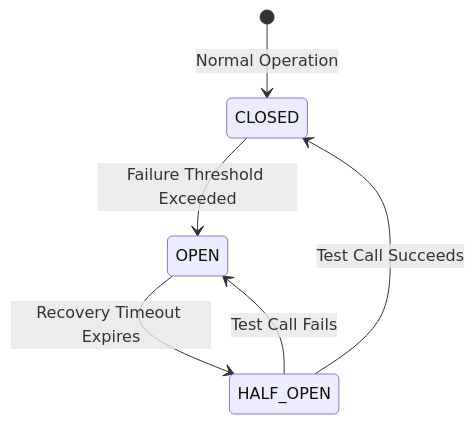
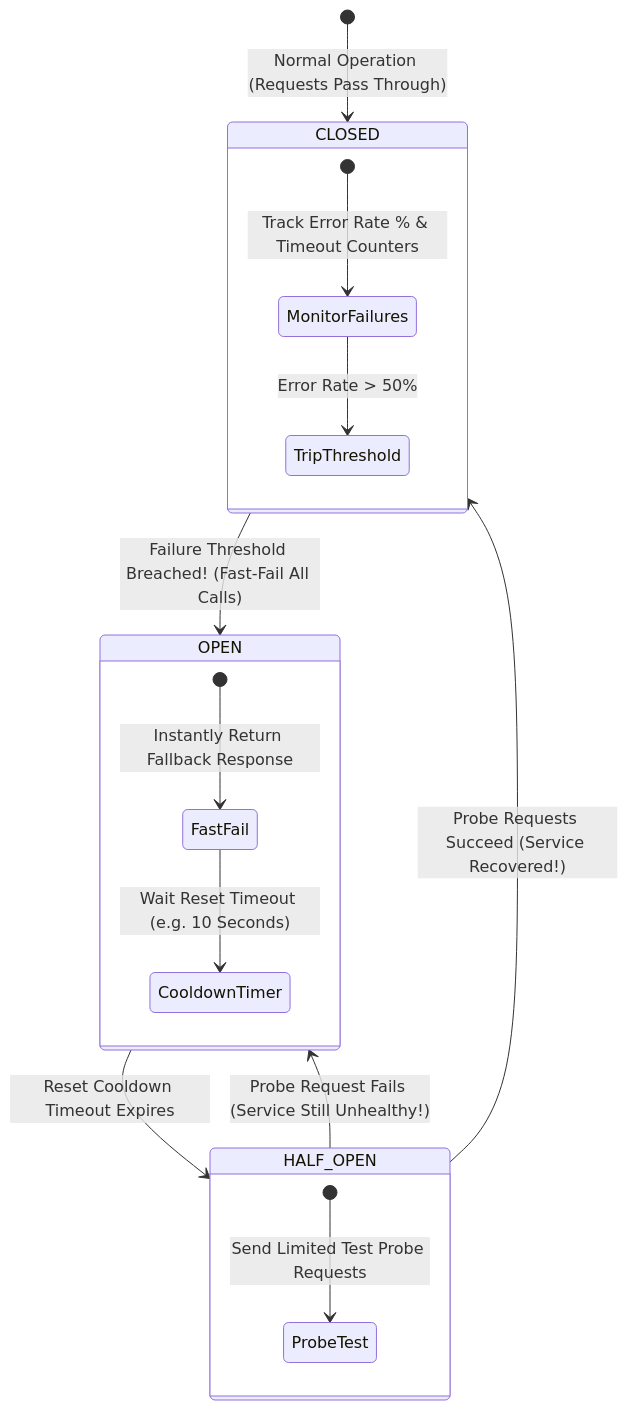
The first of 3 diagrams in system-design-notes/19-circuit-breaker-and-bulkhead.md (Amie-dev/engineering-playbook), drawn with Mermaid before and after one commit. The commit also changed other lines of this file and 33 other files, not shown here.

````diff
--- a/system-design-notes/19-circuit-breaker-and-bulkhead.md
+++ b/system-design-notes/19-circuit-breaker-and-bulkhead.md
@@ -11,8 +13,25 @@
 ```mermaid
 stateDiagram-v2
-    [*] --> CLOSED: Normal Operation
-    CLOSED --> OPEN: Failure Threshold Exceeded
-    OPEN --> HALF_OPEN: Recovery Timeout Expires
-    HALF_OPEN --> CLOSED: Test Call Succeeds
-    HALF_OPEN --> OPEN: Test Call Fails
+    [*] --> CLOSED: Normal Operation (Requests Pass Through)
+    
+    state CLOSED {
+        [*] --> MonitorFailures: Track Error Rate % & Timeout Counters
+        MonitorFailures --> TripThreshold: Error Rate > 50%
+    }
+
+    CLOSED --> OPEN: Failure Threshold Breached! (Fast-Fail All Calls)
+
+    state OPEN {
+        [*] --> FastFail: Instantly Return Fallback Response
+        FastFail --> CooldownTimer: Wait Reset Timeout (e.g. 10 Seconds)
+    }
+
+    OPEN --> HALF_OPEN: Reset Cooldown Timeout Expires
+
+    state HALF_OPEN {
+        [*] --> ProbeTest: Send Limited Test Probe Requests
+    }
+
+    HALF_OPEN --> CLOSED: Probe Requests Succeed (Service Recovered!)
+    HALF_OPEN --> OPEN: Probe Request Fails (Service Still Unhealthy!)
 ```
````
